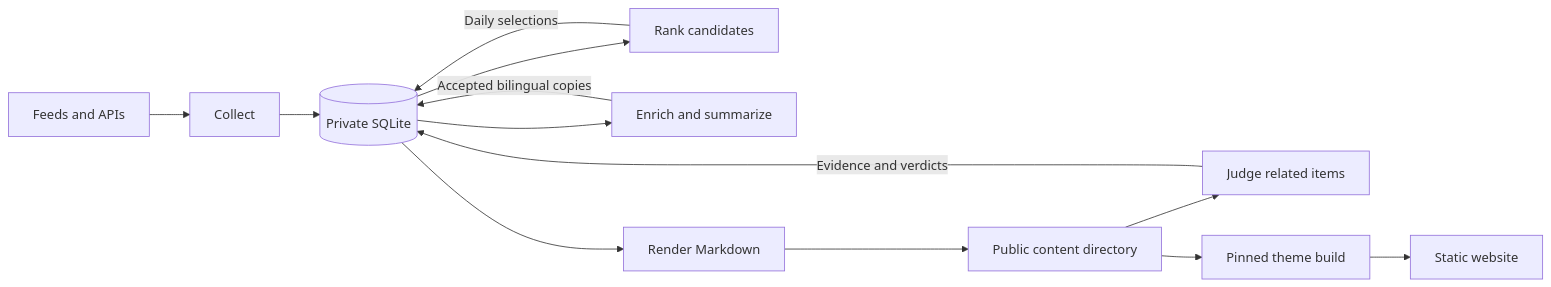
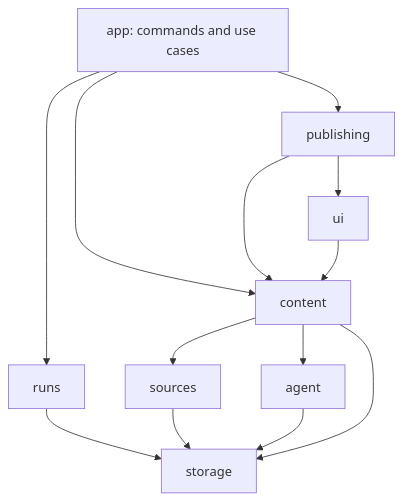
One commit to wowfun/feedgarden changed the diagram in docs/architecture.md. Above: the diagram before and after it, drawn with Mermaid. The commit also changed other lines of this file and 19 other files, not shown here.

First line of the commit message:
docs: document fdg workflows and modular architecture

````diff
--- a/docs/architecture.md
+++ b/docs/architecture.md
@@ -7,15 +19,15 @@
 ```mermaid
-flowchart LR
-    Sources[Feeds and APIs] --> Collect[Collect]
-    Collect --> DB[(Private SQLite)]
-    DB --> Rank[Rank candidates]
-    Rank -->|Daily selections| DB
-    DB --> Summarize[Enrich and summarize]
-    Summarize -->|Accepted bilingual copies| DB
-    DB --> Render[Render Markdown]
-    Render --> Content[Public content directory]
-    Content --> Relate[Judge related items]
-    Relate -->|Evidence and verdicts| DB
-    Content --> Build[Pinned theme build]
-    Build --> Website[Static website]
+flowchart TD
+  App[app: commands and use cases] --> Runs[runs]
+  App --> Content[content]
+  App --> Publish[publishing]
+  Publish --> UI[ui]
+  Publish --> Content
+  UI --> Content
+  Content --> Sources[sources]
+  Content --> Agent[agent]
+  Runs --> Storage[storage]
+  Sources --> Storage
+  Agent --> Storage
+  Content --> Storage
 ```
````
